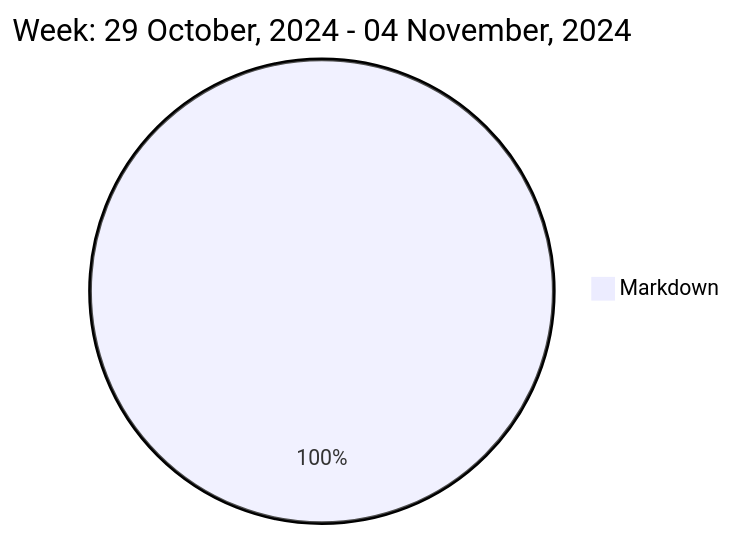
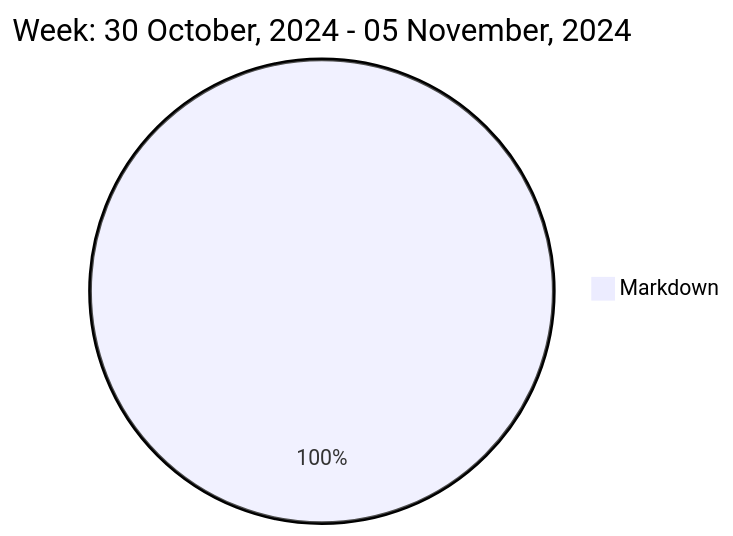
The diagram in README.md (liubin95/liubin95), drawn with Mermaid before and after one commit.

Commit message:
Updated the Graph with new Metrics

````diff
--- a/README.md
+++ b/README.md
@@ -37,5 +37,5 @@
 ```mermaid
  pie
-title Week: 29 October, 2024 - 04 November, 2024
- "Markdown" : 1.87
+title Week: 30 October, 2024 - 05 November, 2024
+ "Markdown" : 1.98
 ```
````
